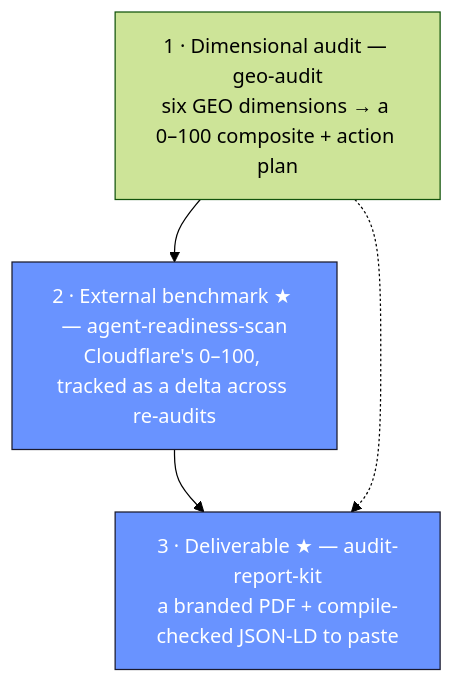
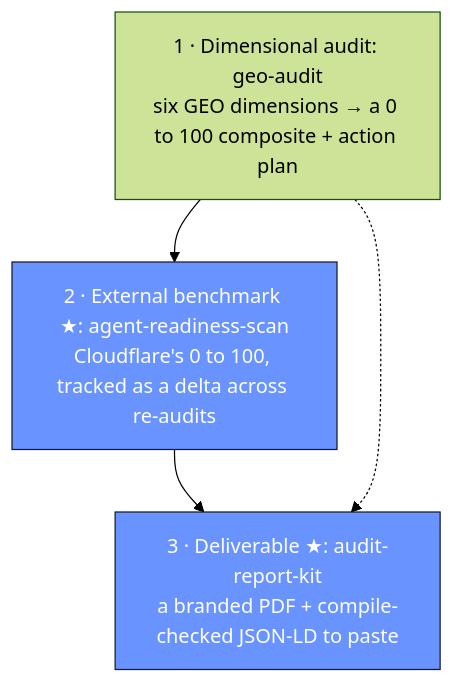
Before and after one commit to techhorizonlabs/thl-open: the diagram in README.md, drawn with Mermaid (forest theme). The commit also changed other lines of this file, not shown here.

````diff
--- a/README.md
+++ b/README.md
@@ -60,10 +60,10 @@
 ```mermaid
 flowchart TB
-    A["1 · Dimensional audit — geo-audit<br/>six GEO dimensions → a 0–100 composite + action plan"]
-    B["2 · External benchmark ★ — agent-readiness-scan<br/>Cloudflare's 0–100, tracked as a delta across re-audits"]
-    C["3 · Deliverable ★ — audit-report-kit<br/>a branded PDF + compile-checked JSON-LD to paste"]
+    A["1 · Dimensional audit: geo-audit<br/>six GEO dimensions → a 0 to 100 composite + action plan"]
+    B["2 · External benchmark ★: agent-readiness-scan<br/>Cloudflare's 0 to 100, tracked as a delta across re-audits"]
+    C["3 · Deliverable ★: audit-report-kit<br/>a branded PDF + compile-checked JSON-LD to paste"]
     A --> B --> C
     A -.-> C
     classDef thl fill:#6993ff,stroke:#1a1a2e,color:#ffffff;
     class B,C thl;
 ```
````
